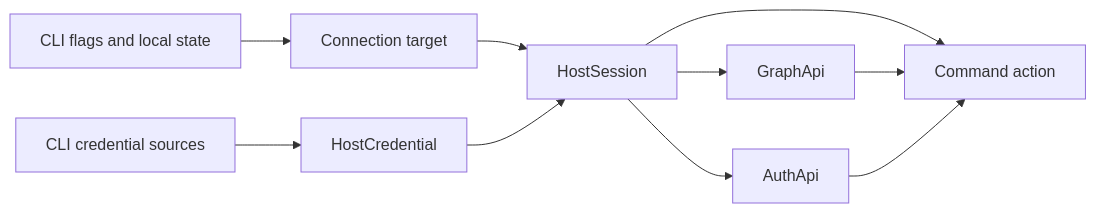
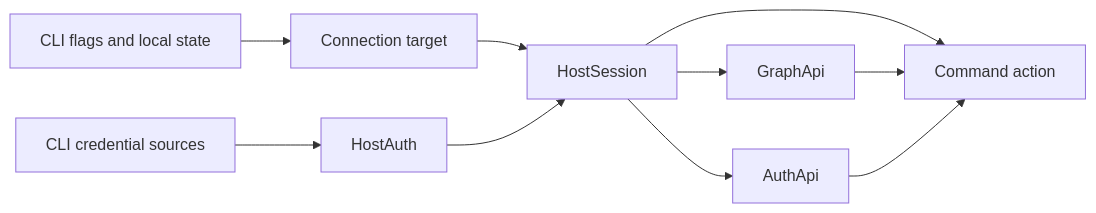
The diagram in src/connection/.spec/architecture.md (astrale-os/cli), drawn with Mermaid before and after one commit. The commit also changed other lines of this file and 14 other files, not shown here.

````diff
--- a/src/connection/.spec/architecture.md
+++ b/src/connection/.spec/architecture.md
@@ -9,12 +9,12 @@
 ```mermaid
 flowchart LR
   F[CLI flags and local state] --> T[Connection target]
   T --> H[HostSession]
-  C[CLI credential sources] --> R[HostCredential]
+  C[CLI credential sources] --> R[HostAuth]
   R --> H
   H --> G[GraphApi]
   H --> A[AuthApi]
   H --> X[Command action]
   G --> X
   A --> X
 ```
````
